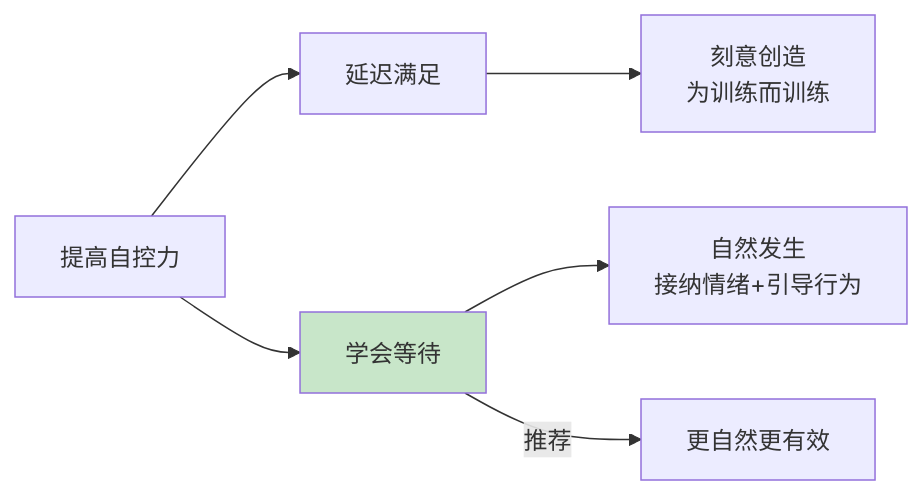
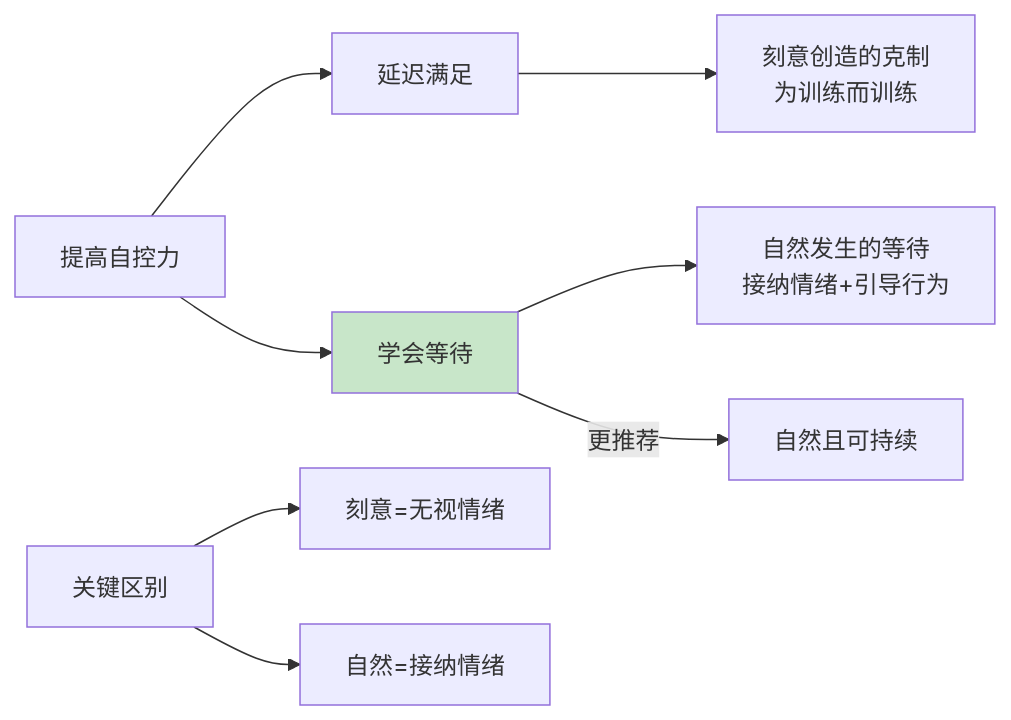
One commit to chongyang211/YCBookBlog changed the fourth of 10 diagrams in 10.自我进阶提升书/07.底层思维的训练/7.2自我自控的调节.md. Above: the diagram before and after it, drawn with Mermaid. The commit also changed other lines of this file and 6 other files, not shown here.

````diff
--- a/10.自我进阶提升书/07.底层思维的训练/7.2自我自控的调节.md
+++ b/10.自我进阶提升书/07.底层思维的训练/7.2自我自控的调节.md
@@ -74,9 +130,11 @@
 ```mermaid
 graph LR
     A[提高自控力] --> B[延迟满足]
     A --> C[学会等待]
-    B --> B1[刻意创造<br>为训练而训练]
-    C --> C1[自然发生<br>接纳情绪+引导行为]
-    C --> |推荐| D[更自然更有效]
+    B --> B1[刻意创造的克制<br>为训练而训练]
+    C --> C1[自然发生的等待<br>接纳情绪+引导行为]
+    C --> |更推荐| D[自然且可持续]
+    E[关键区别] --> E1[刻意=无视情绪]
+    E --> E2[自然=接纳情绪]
     style C fill:#c8e6c9
 ```
````
